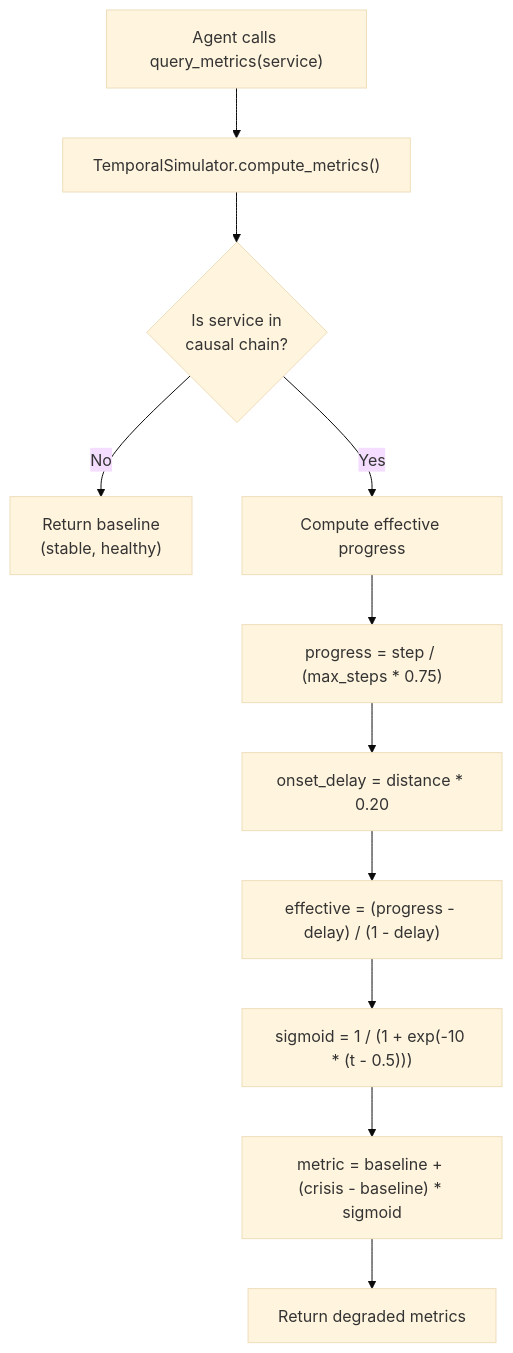
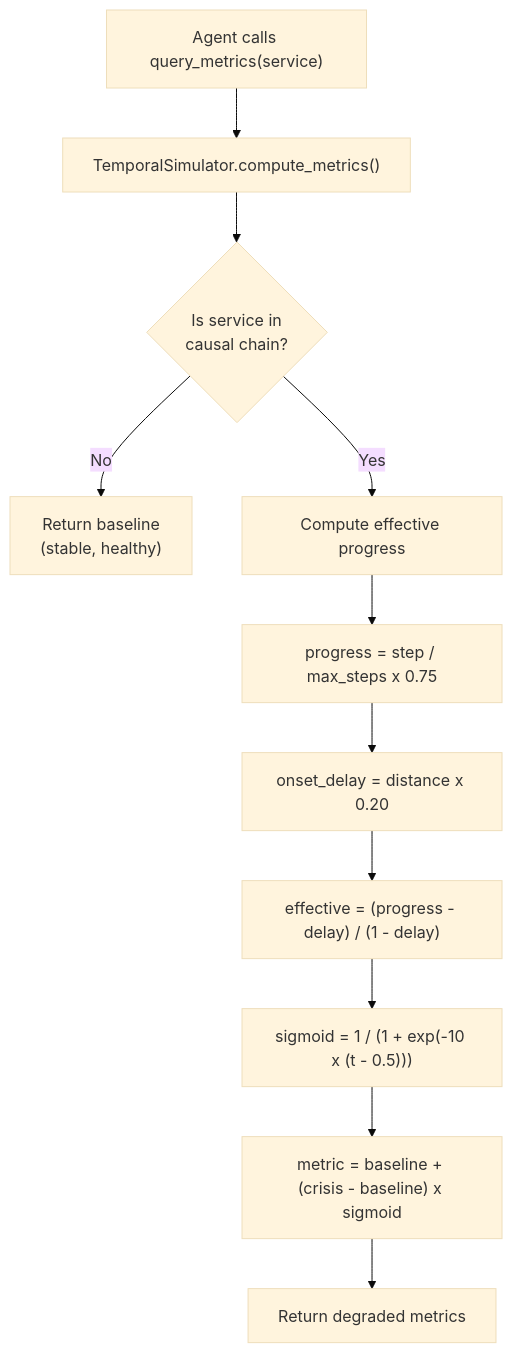
One commit to wildcraft958/incident_triage_env changed the second of 4 diagrams in README.md. Above: the diagram before and after it, drawn with Mermaid (base theme). The commit also changed other lines of this file and 1 other file, not shown here.

First line of the commit message:
Fix Mermaid diagram rendering across all markdowns

````diff
--- a/README.md
+++ b/README.md
@@ -59,13 +59,13 @@
 ```mermaid
 flowchart TD
     A["Agent calls query_metrics(service)"] --> B["TemporalSimulator.compute_metrics()"]
-    B --> C{"Is service in\ncausal chain?"}
-    C -->|"No"| D["Return baseline\n(stable, healthy)"]
+    B --> C{"Is service in<br/>causal chain?"}
+    C -->|"No"| D["Return baseline<br/>(stable, healthy)"]
     C -->|"Yes"| E["Compute effective progress"]
-    E --> F["progress = step / (max_steps * 0.75)"]
-    F --> G["onset_delay = distance * 0.20"]
+    E --> F["progress = step / max_steps x 0.75"]
+    F --> G["onset_delay = distance x 0.20"]
     G --> H["effective = (progress - delay) / (1 - delay)"]
-    H --> I["sigmoid = 1 / (1 + exp(-10 * (t - 0.5)))"]
-    I --> J["metric = baseline + (crisis - baseline) * sigmoid"]
+    H --> I["sigmoid = 1 / (1 + exp(-10 x (t - 0.5)))"]
+    I --> J["metric = baseline + (crisis - baseline) x sigmoid"]
     J --> K["Return degraded metrics"]
 ```
````
